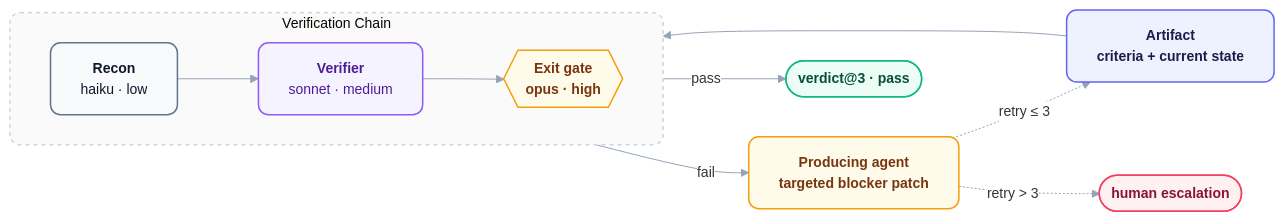
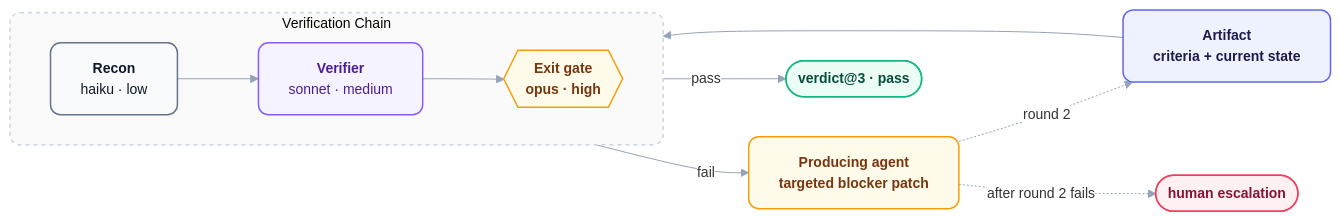
Before and after one commit to orin-dx/wisp-plugins: the fifth of 7 diagrams in ARCHITECTURE.md, drawn with Mermaid. The commit also changed other lines of this file and 88 other files, not shown here.

````diff
--- a/ARCHITECTURE.md
+++ b/ARCHITECTURE.md
@@ -180,36 +180,36 @@
 ```mermaid
 %%{init: {'theme': 'base', 'flowchart': {'curve': 'basis', 'nodeSpacing': 40, 'rankSpacing': 56}, 'themeVariables': {'fontFamily': 'Inter, ui-sans-serif, system-ui, sans-serif', 'fontSize': '14px', 'lineColor': '#94a3b8', 'edgeLabelBackground': '#ffffff'}}}%%
 flowchart LR
     classDef source fill:#eef2ff,stroke:#6366f1,stroke-width:1.5px,color:#1e1b4b,rx:10px,ry:10px,font-weight:600;
     classDef store fill:#f8fafc,stroke:#64748b,stroke-width:1.5px,color:#0f172a,rx:10px,ry:10px;
     classDef engine fill:#f5f3ff,stroke:#8b5cf6,stroke-width:1.5px,color:#4c1d95,rx:10px,ry:10px;
     classDef router fill:#fffbeb,stroke:#f59e0b,stroke-width:1.5px,color:#78350f,rx:10px,ry:10px,font-weight:600;
     classDef output fill:#ecfdf5,stroke:#10b981,stroke-width:1.5px,color:#064e3b,rx:10px,ry:10px,font-weight:600;
     classDef alert fill:#fff1f2,stroke:#f43f5e,stroke-width:1.5px,color:#881337,rx:10px,ry:10px,font-weight:600;
 
     Art["<b>Artifact</b><br/>criteria + current state"]
 
     subgraph check [Verification Chain]
         direction LR
         Recon["<b>Recon</b><br/>haiku · low"] --> Ver["<b>Verifier</b><br/>sonnet · medium"] --> Gate{{"<b>Exit gate</b><br/>opus · high"}}
     end
 
     Art --> Recon
 
     Fix["<b>Producing agent</b><br/>targeted blocker patch"]
 
     Gate -->|"pass"| Done(["verdict@3 · pass"])
     Gate -->|"fail"| Fix
-    Fix -.->|"retry ≤ 3"| Art
-    Fix -.->|"retry > 3"| Esc(["human escalation"])
+    Fix -.->|"round 2"| Art
+    Fix -.->|"after round 2 fails"| Esc(["human escalation"])
 
     class Art source
     class Recon store
     class Ver engine
     class Gate router
     class Done output
     class Fix router
     class Esc alert
 
     style check fill:#fafafa,stroke:#cbd5e1,stroke-width:1.5px,stroke-dasharray: 4 4,rx:10px,ry:10px
 ```
````
